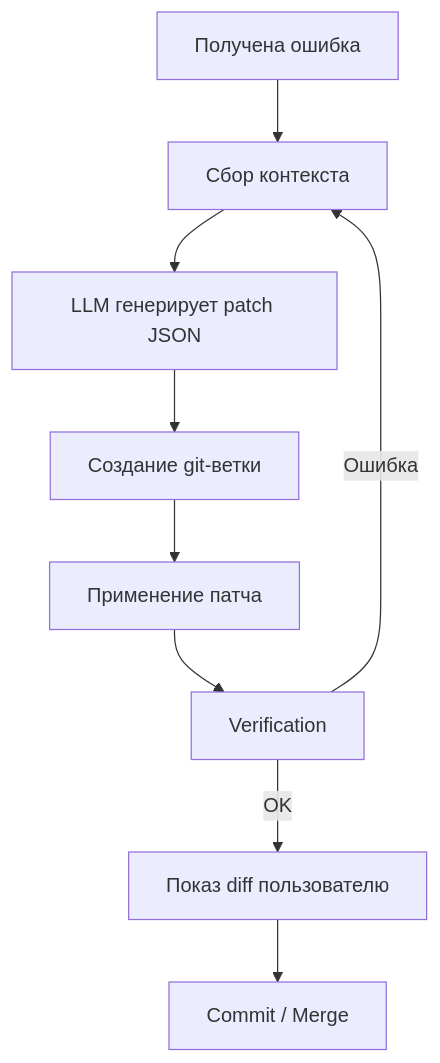
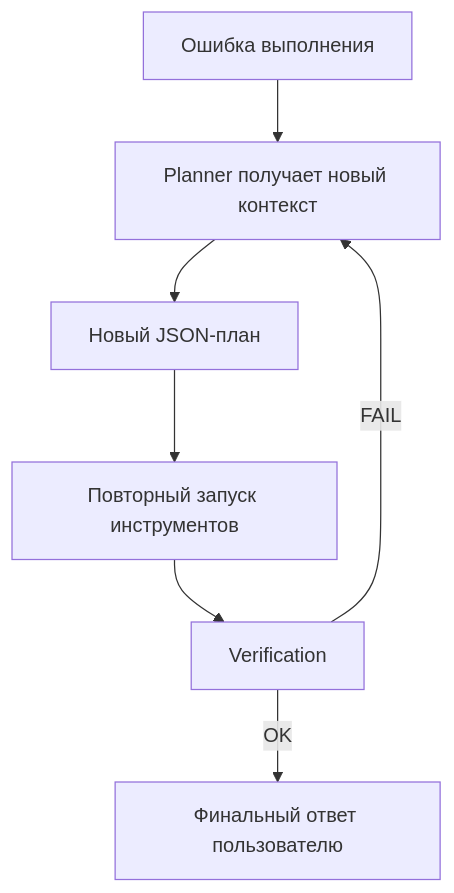
Before and after one commit to Roman-Ch-32/new_agent: the third of 4 diagrams in контекст.md, drawn with Mermaid. The commit also changed other lines of this file and 10 other files, not shown here.

````diff
--- a/контекст.md
+++ b/контекст.md
@@ -58,11 +55,9 @@
-``` mermaid
+```mermaid
 flowchart TD
-    A[Получена ошибка] --> B[Сбор контекста]
-    B --> C[LLM генерирует patch JSON]
-    C --> D[Создание git-ветки]
-    D --> E[Применение патча]
-    E --> F[Verification]
-    F -->|Ошибка| B
-    F -->|OK| G[Показ diff пользователю]
-    G --> H[Commit / Merge]
+    A[Ошибка выполнения] --> B[Planner получает новый контекст]
+    B --> C[Новый JSON-план]
+    C --> D[Повторный запуск инструментов]
+    D --> E[Verification]
+    E -->|FAIL| B
+    E -->|OK| F[Финальный ответ пользователю]
 ```
````
